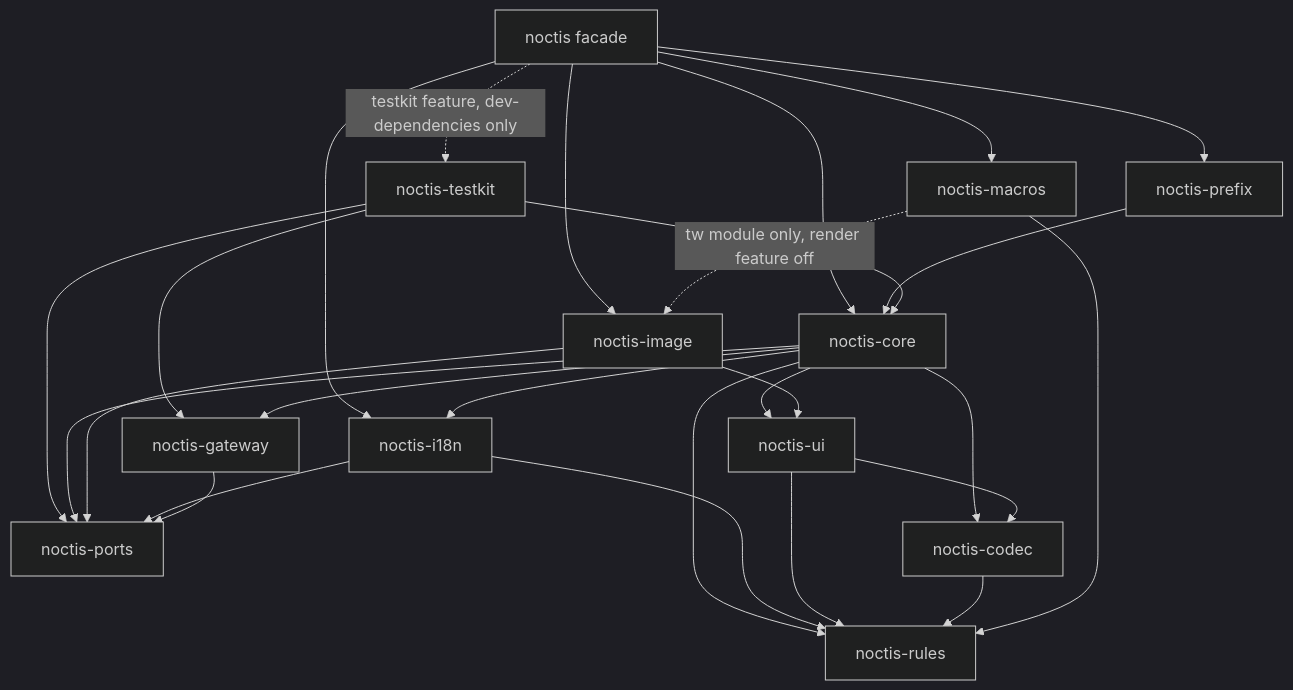
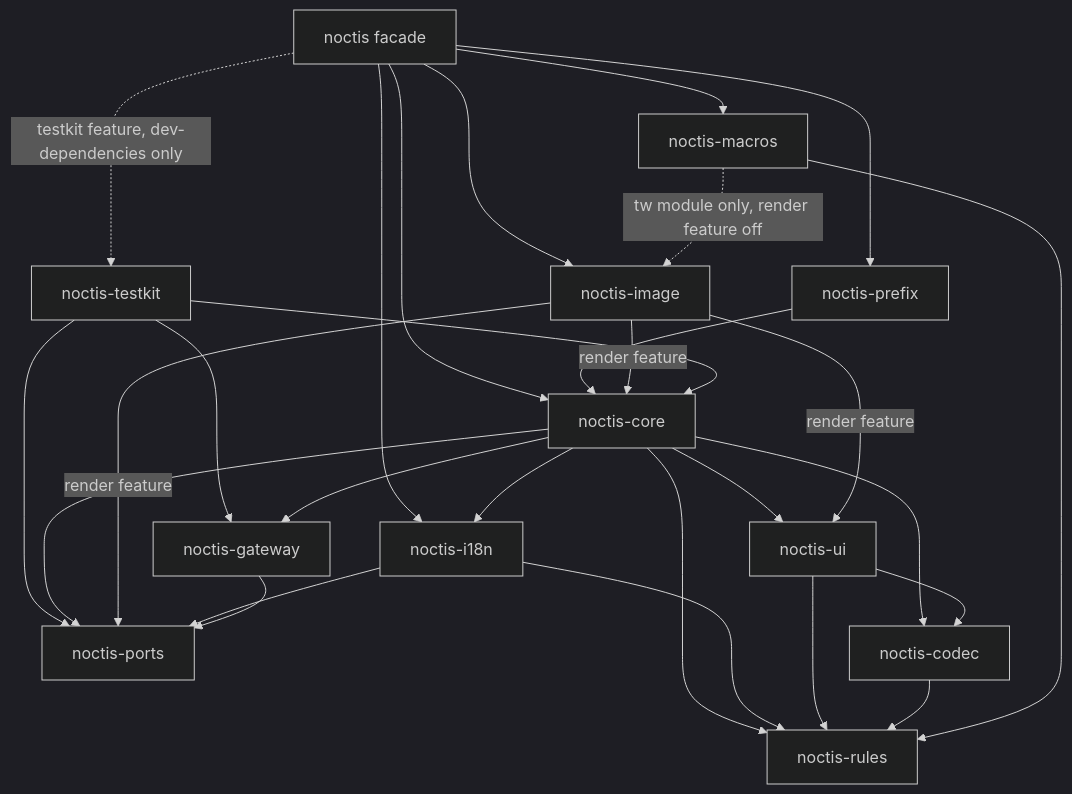
Before and after one commit to ErdemGKSL/noctis-rs: the first of 2 diagrams in _bmad-output/planning-artifacts/architecture/architecture-noctis-rs-2026-10-19/ARCHITECTURE-SPINE.md, drawn with Mermaid (dark theme). The commit also changed other lines of this file, not shown here.

First line of the commit message:
WIP: apply gate 2 decisions to architecture spine (checkpoint)

````diff
--- a/_bmad-output/planning-artifacts/architecture/architecture-noctis-rs-2026-10-19/ARCHITECTURE-SPINE.md
+++ b/_bmad-output/planning-artifacts/architecture/architecture-noctis-rs-2026-10-19/ARCHITECTURE-SPINE.md
@@ -50,29 +58,30 @@
 ```mermaid
 graph TD
   noctis[noctis facade] --> core[noctis-core]
   noctis --> macros[noctis-macros]
   noctis --> image[noctis-image]
   noctis --> i18n[noctis-i18n]
   noctis --> prefix[noctis-prefix]
   noctis -.->|testkit feature, dev-dependencies only| testkit[noctis-testkit]
   prefix --> core
+  image -->|render feature| core
   testkit --> core
   testkit --> gateway
   testkit --> ports
   core --> gateway[noctis-gateway]
   core --> i18n
   core --> ui[noctis-ui]
   core --> ports[noctis-ports]
   core --> codec[noctis-codec]
   core --> rules[noctis-rules]
-  image --> ui
-  image --> ports
+  image -->|render feature| ui
+  image -->|render feature| ports
   i18n --> ports
   i18n --> rules
   gateway --> ports
   ui --> codec
   ui --> rules
   codec --> rules
   macros --> rules
   macros -.->|tw module only, render feature off| image
 ```
````
